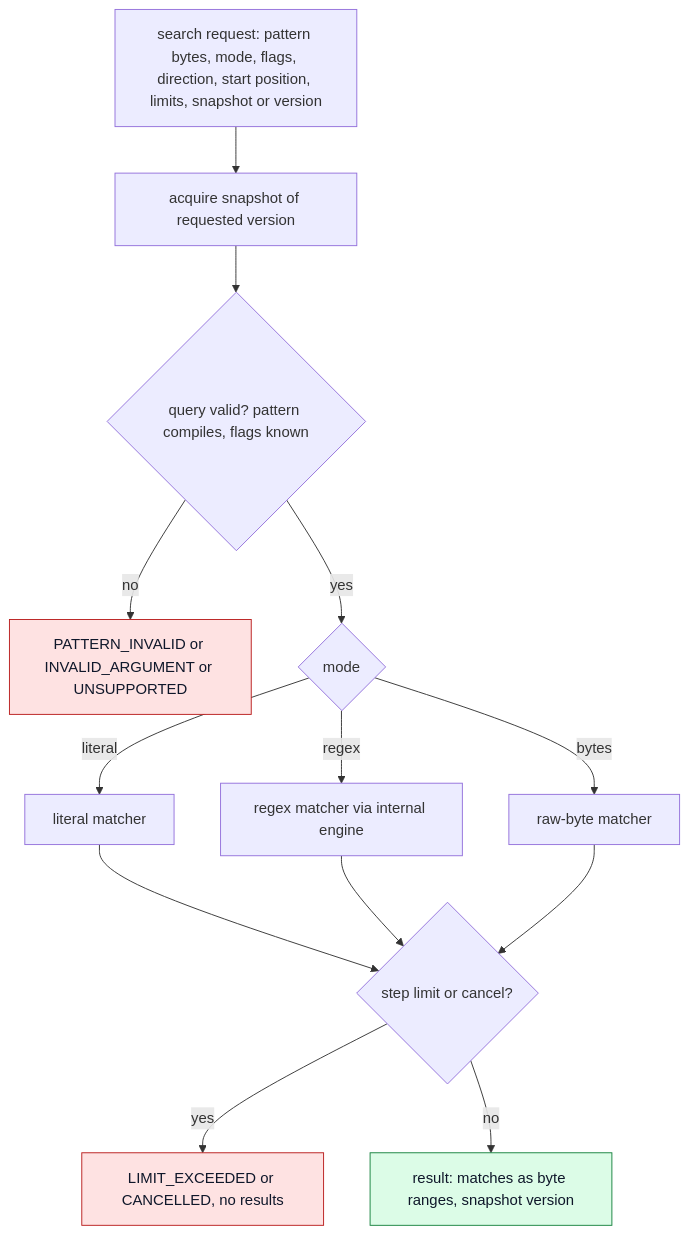
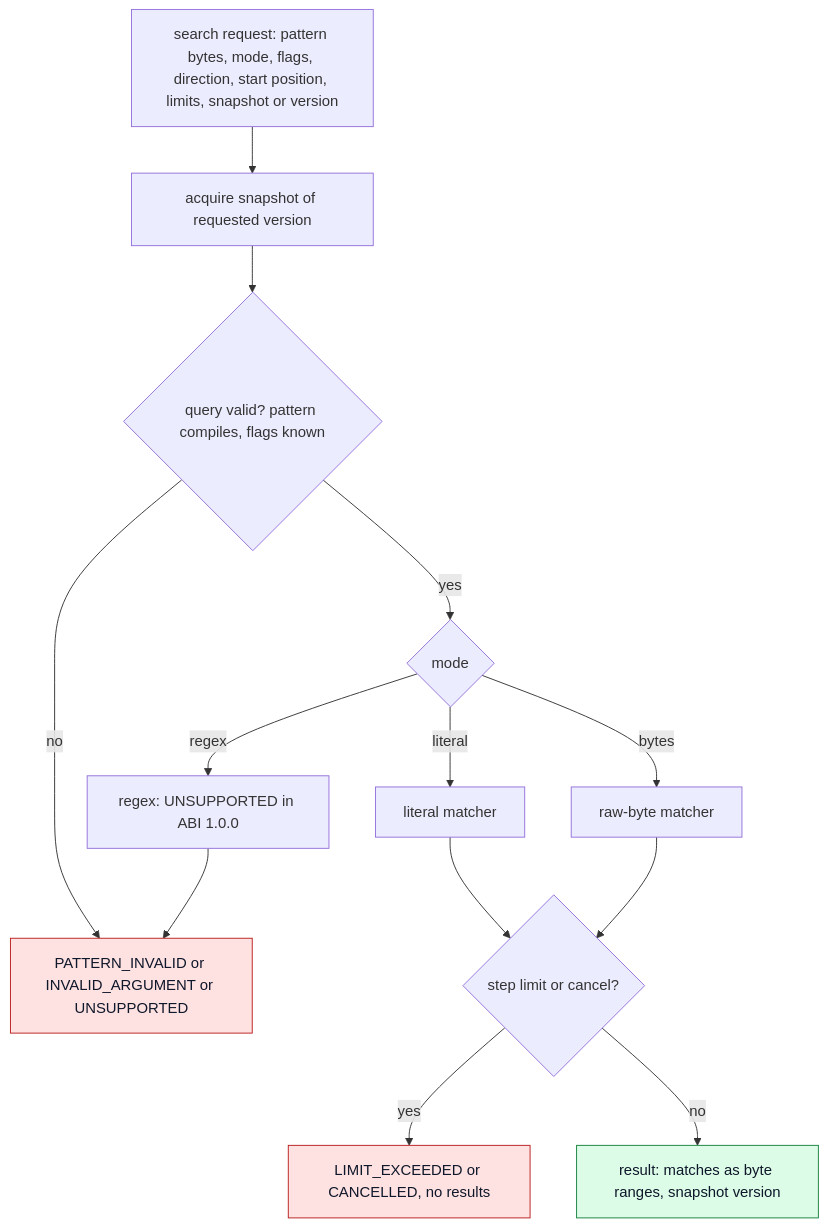
One commit to cdin-editor/spec changed the diagram in docs/kernel/search-engine.md. Above: the diagram before and after it, drawn with Mermaid. The commit also changed other lines of this file and 36 other files, not shown here.

First line of the commit message:
docs(spec)!: establish the CDIN architecture baseline v1.0.0

````diff
--- a/docs/kernel/search-engine.md
+++ b/docs/kernel/search-engine.md
@@ -18,27 +18,27 @@
 ```mermaid
 flowchart TB
     Q["search request: pattern bytes, mode, flags, direction, start position, limits, snapshot or version"]
     SNAP["acquire snapshot of requested version"]
     VAL{"query valid? pattern compiles, flags known"}
     ERR["PATTERN_INVALID or INVALID_ARGUMENT or UNSUPPORTED"]
     MODE{"mode"}
     LIT["literal matcher"]
-    RX["regex matcher via internal engine"]
+    RX["regex: UNSUPPORTED in ABI 1.0.0"]
     RAW["raw-byte matcher"]
     LIM{"step limit or cancel?"}
     CAN["LIMIT_EXCEEDED or CANCELLED, no results"]
     RES["result: matches as byte ranges, snapshot version"]
 
     Q --> SNAP --> VAL
     VAL -- "no" --> ERR
     VAL -- "yes" --> MODE
     MODE -- "literal" --> LIT --> LIM
-    MODE -- "regex" --> RX --> LIM
+    MODE -- "regex" --> RX --> ERR
     MODE -- "bytes" --> RAW --> LIM
     LIM -- "yes" --> CAN
     LIM -- "no" --> RES
     classDef bad fill:#fee2e2,stroke:#b91c1c,color:#0f172a
     classDef ok fill:#dcfce7,stroke:#15803d,color:#0f172a
     class CAN,ERR bad
     class RES ok
 ```
````
